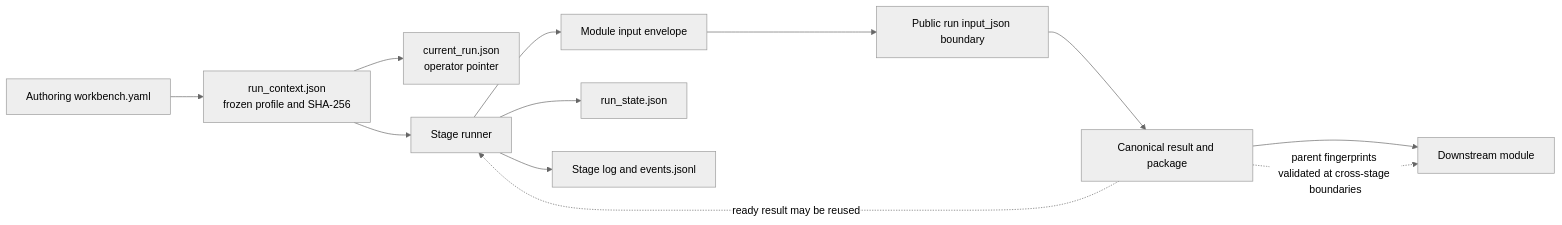
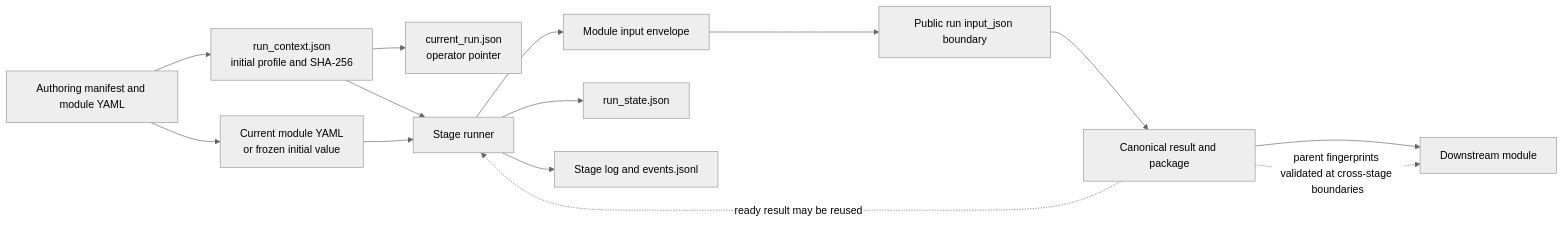
Before and after one commit to Eswar021/ai-news-pipeline: the seventh of 7 diagrams in docs/current_system_architecture.md, drawn with Mermaid (neutral theme). The commit also changed other lines of this file and 193 other files, not shown here.

````diff
--- a/docs/current_system_architecture.md
+++ b/docs/current_system_architecture.md
@@ -393,21 +396,24 @@
 ```mermaid
 flowchart LR
-    yaml[Authoring workbench.yaml]
-    context[run_context.json<br/>frozen profile and SHA-256]
+    yaml[Authoring manifest and module YAML]
+    context[run_context.json<br/>initial profile and SHA-256]
+    moduleConfig[Current module YAML<br/>or frozen initial value]
     current[current_run.json<br/>operator pointer]
     stage[Stage runner]
     input[Module input envelope]
     app[Public run input_json boundary]
     result[Canonical result and package]
     state[run_state.json]
     logs[Stage log and events.jsonl]
     next[Downstream module]
 
     yaml --> context
+    yaml --> moduleConfig
     context --> current
-    context --> stage --> input --> app --> result --> next
+    context --> stage
+    moduleConfig --> stage --> input --> app --> result --> next
     stage --> state
     stage --> logs
     result -. ready result may be reused .-> stage
     result -. parent fingerprints validated at cross-stage boundaries .-> next
 ```
````
